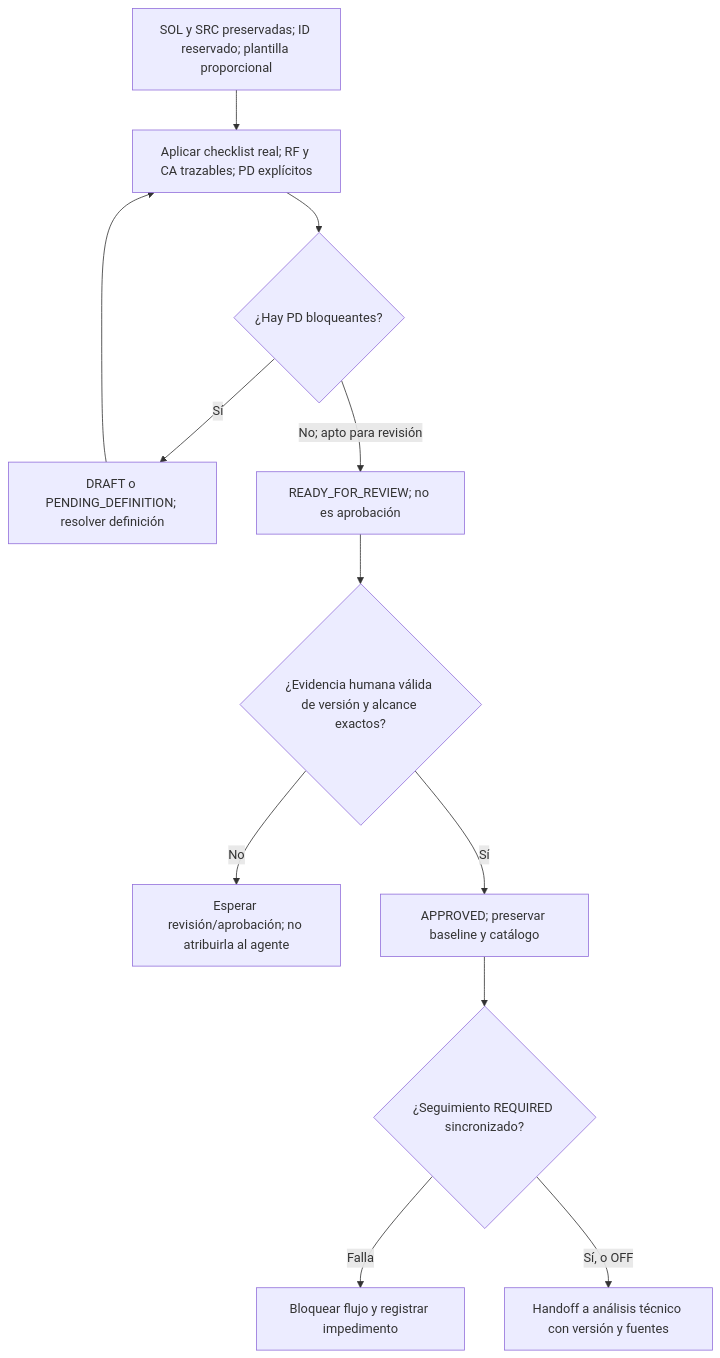
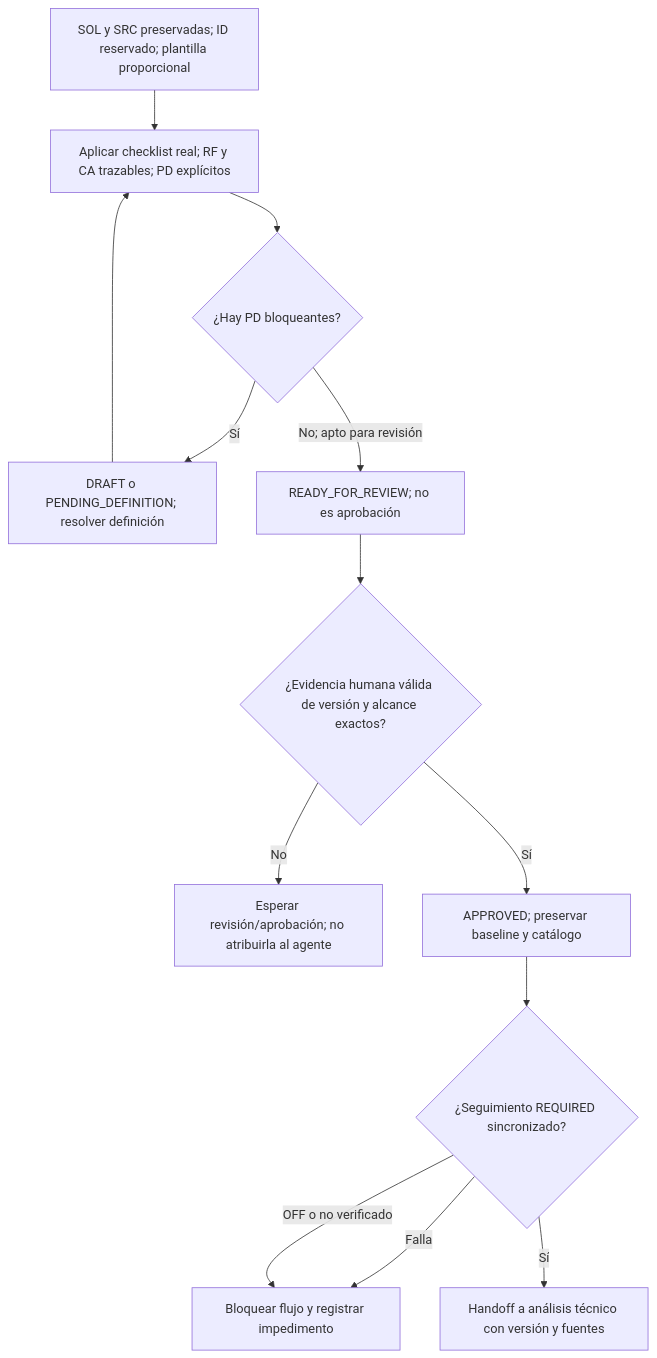
Before and after one commit to matgro/faro-suite-skills: the second of 5 diagrams in docs/flujo-faro/03-solicitudes-y-desarrollo.md, drawn with Mermaid. The commit also changed other lines of this file and 73 other files, not shown here.

````diff
--- a/docs/flujo-faro/03-solicitudes-y-desarrollo.md
+++ b/docs/flujo-faro/03-solicitudes-y-desarrollo.md
@@ -119,14 +119,15 @@
 ```mermaid
 flowchart TD
     sol["SOL y SRC preservadas; ID reservado; plantilla proporcional"] --> calidad["Aplicar checklist real; RF y CA trazables; PD explícitos"]
     calidad --> bloqueo{"¿Hay PD bloqueantes?"}
     bloqueo -->|"Sí"| pendiente["DRAFT o PENDING_DEFINITION; resolver definición"]
     pendiente --> calidad
     bloqueo -->|"No; apto para revisión"| revision["READY_FOR_REVIEW; no es aprobación"]
     revision --> humana{"¿Evidencia humana válida de versión y alcance exactos?"}
     humana -->|"No"| espera["Esperar revisión/aprobación; no atribuirla al agente"]
     humana -->|"Sí"| aprobado["APPROVED; preservar baseline y catálogo"]
     aprobado --> tracking{"¿Seguimiento REQUIRED sincronizado?"}
     tracking -->|"Falla"| bloqueo_remoto["Bloquear flujo y registrar impedimento"]
-    tracking -->|"Sí, o OFF"| plan["Handoff a análisis técnico con versión y fuentes"]
+    tracking -->|"Sí"| plan["Handoff a análisis técnico con versión y fuentes"]
+    tracking -->|"OFF o no verificado"| bloqueo_remoto
 ```
````
